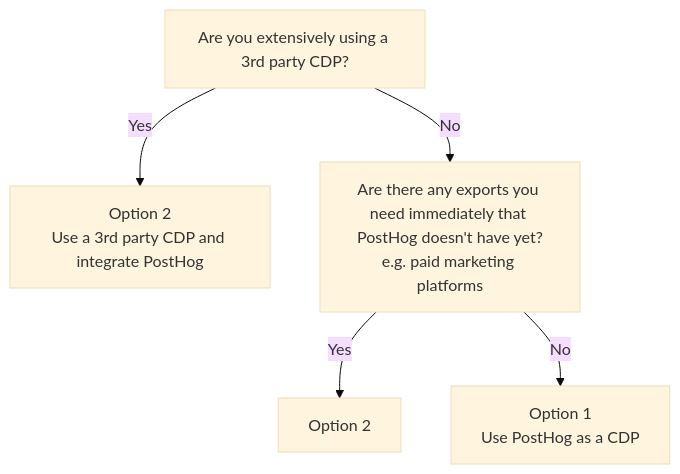
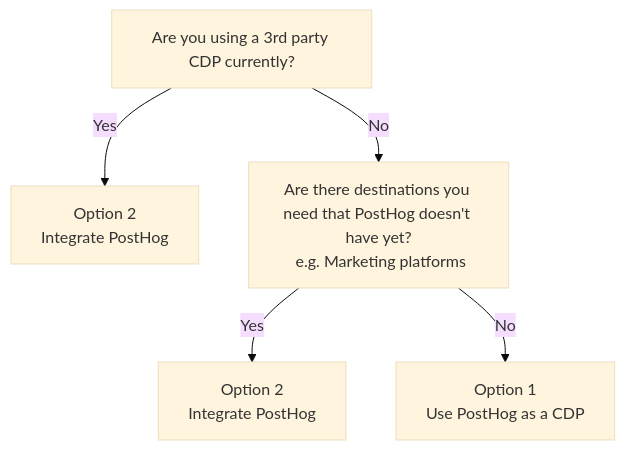
One commit to PostHog/posthog.com changed the first of 5 diagrams in contents/docs/advanced/cdp.md. Above: the diagram before and after it, drawn with Mermaid (base theme). The commit also changed other lines of this file, not shown here.

Commit message:
update cdp docs

````diff
--- a/contents/docs/advanced/cdp.md
+++ b/contents/docs/advanced/cdp.md
@@ -27,6 +27,6 @@
 ```mermaid
 graph TD
-A[Are you extensively using a 3rd party CDP?] --> |Yes| B[Option 2<br/>Use a 3rd party CDP and integrate PostHog]
-A --> |No| C[Are there any exports you need immediately that PostHog doesn't have yet?<br/>e.g. paid marketing platforms] --> |Yes| D[Option 2]
+A[Are you using a 3rd party CDP currently?] --> |Yes| B[Option 2<br/>Integrate PostHog]
+A --> |No| C[Are there destinations you need that PostHog doesn't have yet?<br/> e.g. Marketing platforms] --> |Yes| D[Option 2<br/>Integrate PostHog]
 C --> |No| E[Option 1<br/>Use PostHog as a CDP]
 ```
````
